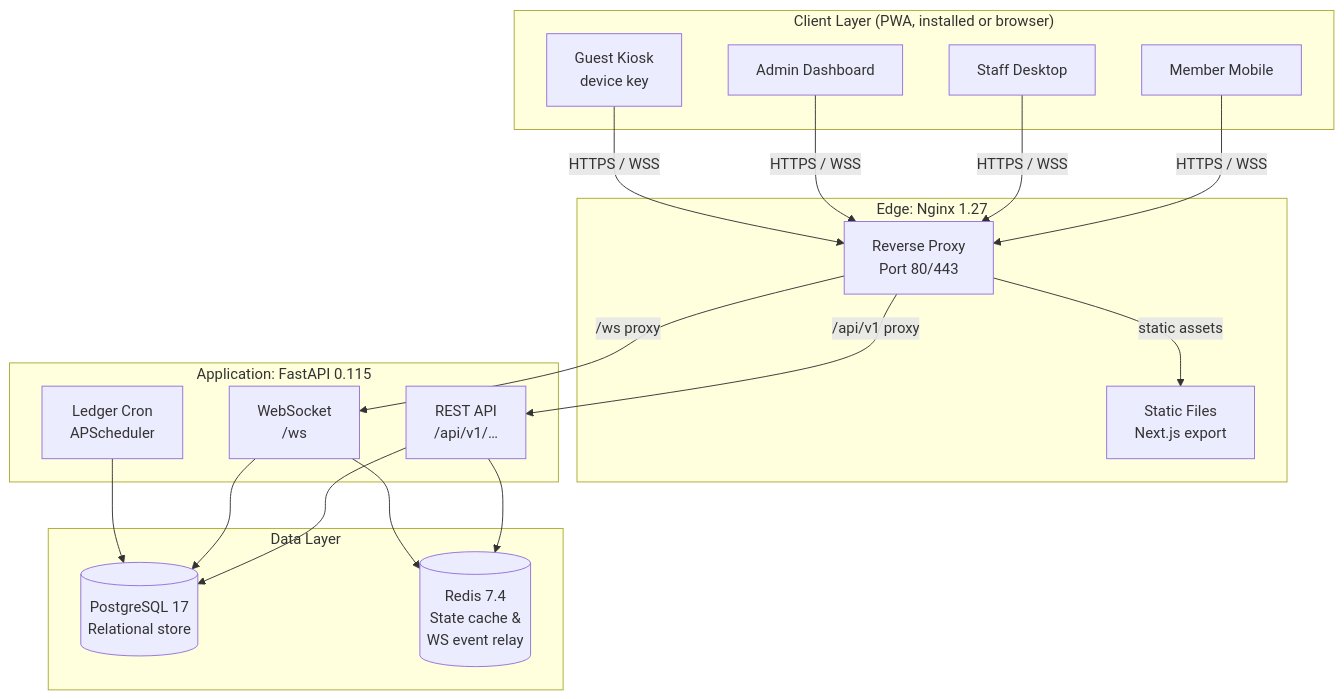
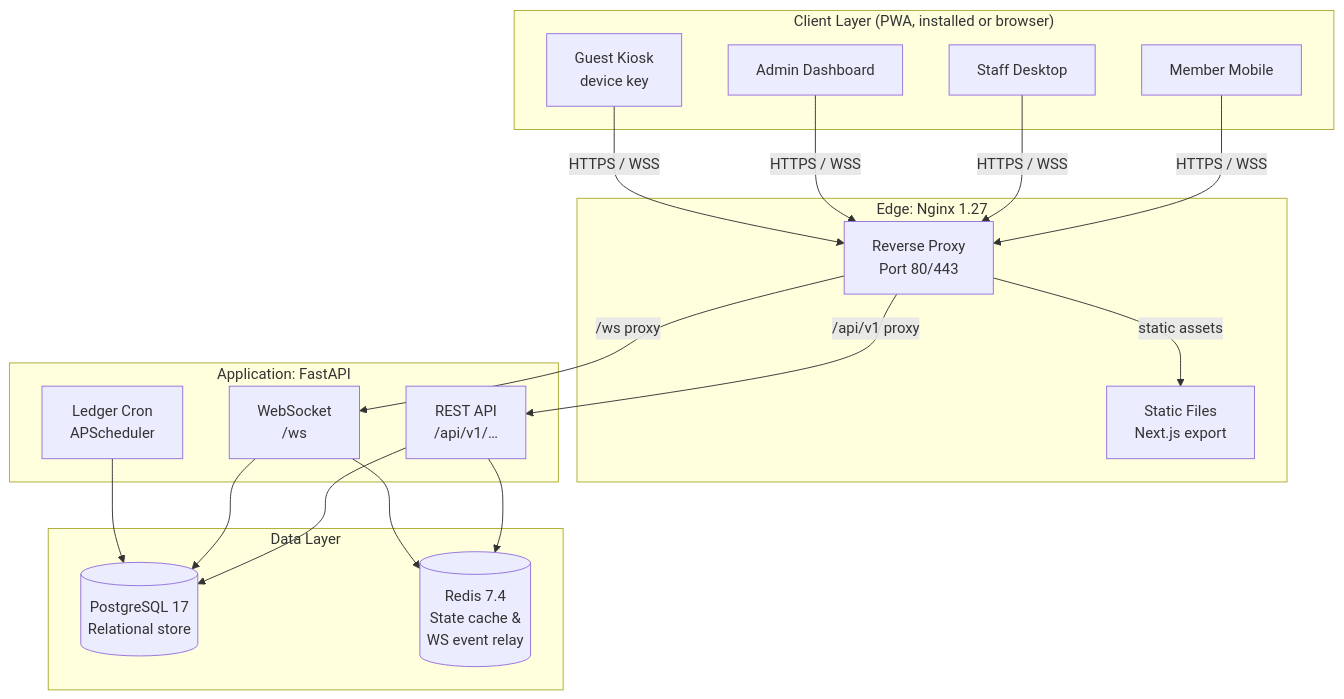
Before and after one commit to Life-Experimentalist/Chronos-Ledger: the first of 5 diagrams in docs/architecture.md, drawn with Mermaid. The commit also changed other lines of this file and 4 other files, not shown here.

````diff
--- a/docs/architecture.md
+++ b/docs/architecture.md
@@ -7,32 +7,32 @@
 ```mermaid
 graph TB
     subgraph Clients["Client Layer (PWA, installed or browser)"]
         S[Member Mobile]
         F[Staff Desktop]
         A[Admin Dashboard]
         G[Guest Kiosk<br/>device key]
     end
 
     subgraph Edge["Edge: Nginx 1.27"]
         NX[Reverse Proxy<br/>Port 80/443]
         ST[Static Files<br/>Next.js export]
     end
 
-    subgraph App["Application: FastAPI 0.115"]
+    subgraph App["Application: FastAPI"]
         API[REST API<br/>/api/v1/…]
         WS[WebSocket<br/>/ws]
         CRON[Ledger Cron<br/>APScheduler]
     end
 
     subgraph Data["Data Layer"]
         PG[(PostgreSQL 17<br/>Relational store)]
         RD[(Redis 7.4<br/>State cache &amp;<br/>WS event relay)]
     end
 
     S & F & A & G -->|HTTPS / WSS| NX
     NX -->|static assets| ST
     NX -->|/api/v1 proxy| API
     NX -->|/ws proxy| WS
     API & WS & CRON --> PG
     API & WS --> RD
 ```
````
